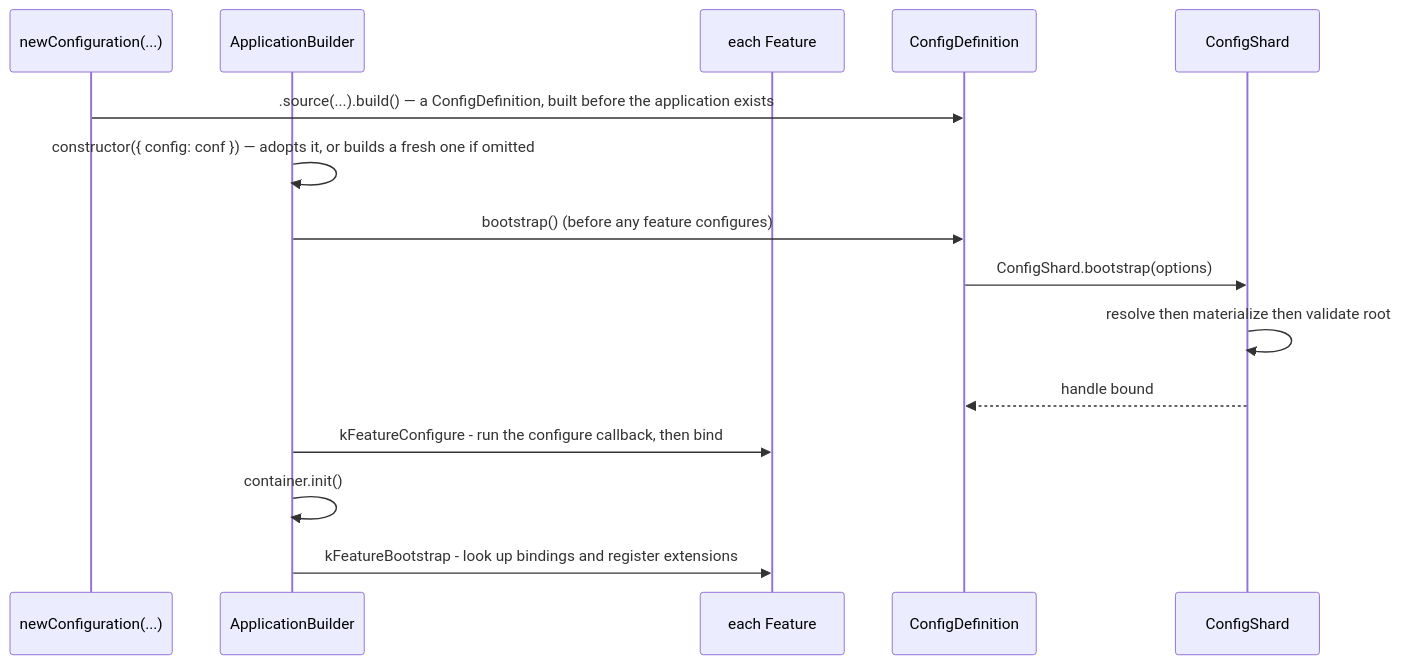
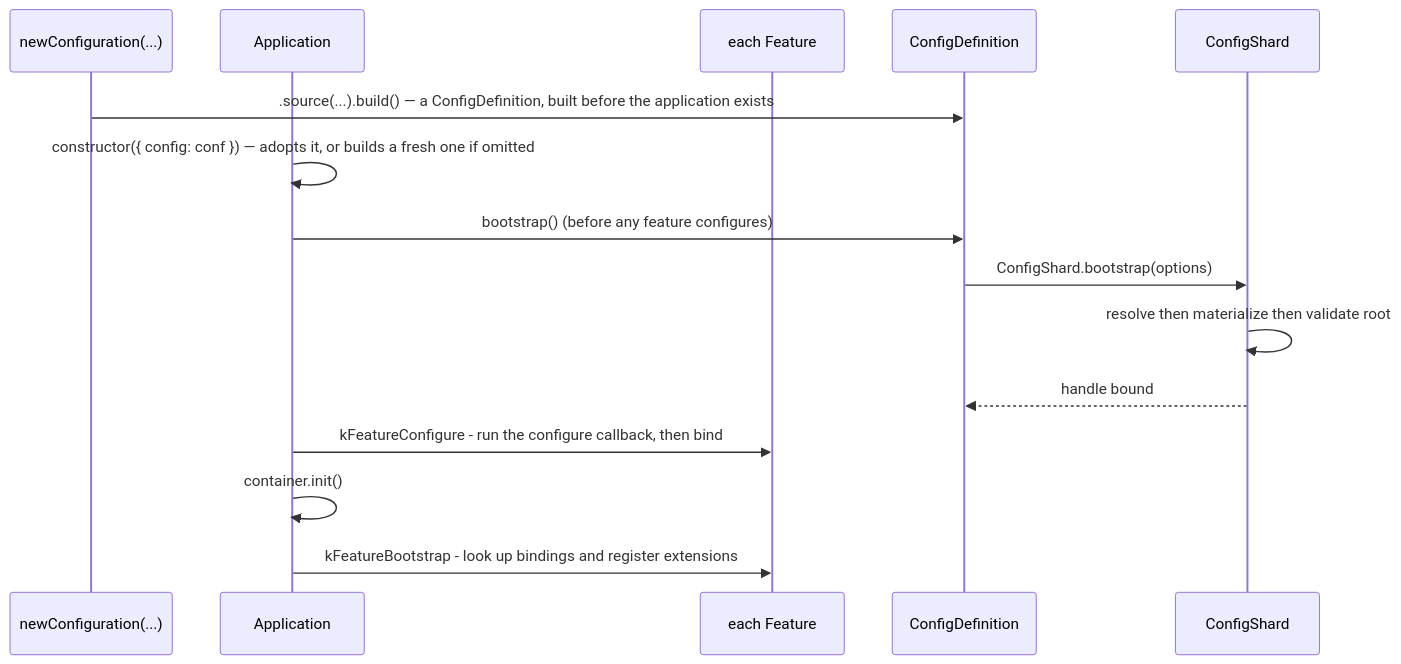
Before and after one commit to caffeinejs/caffeine: the fifth of 5 diagrams in std/config/README.md, drawn with Mermaid. The commit also changed 146 other files, not shown here.

Commit message:
chore: no app builder

````diff
--- a/std/config/README.md
+++ b/std/config/README.md
@@ -289,17 +289,17 @@
 ```mermaid
 sequenceDiagram
   participant Conf as newConfiguration(...)
-  participant App as ApplicationBuilder
+  participant App as Application
   participant Feat as each Feature
   participant Def as ConfigDefinition
   participant Shard as ConfigShard
   Conf->>Def: .source(...).build() — a ConfigDefinition, built before the application exists
   App->>App: constructor({ config: conf }) — adopts it, or builds a fresh one if omitted
   App->>Def: bootstrap() (before any feature configures)
   Def->>Shard: ConfigShard.bootstrap(options)
   Shard->>Shard: resolve then materialize then validate root
   Shard-->>Def: handle bound
   App->>Feat: kFeatureConfigure - run the configure callback, then bind
   App->>App: container.init()
   App->>Feat: kFeatureBootstrap - look up bindings and register extensions
 ```
````
